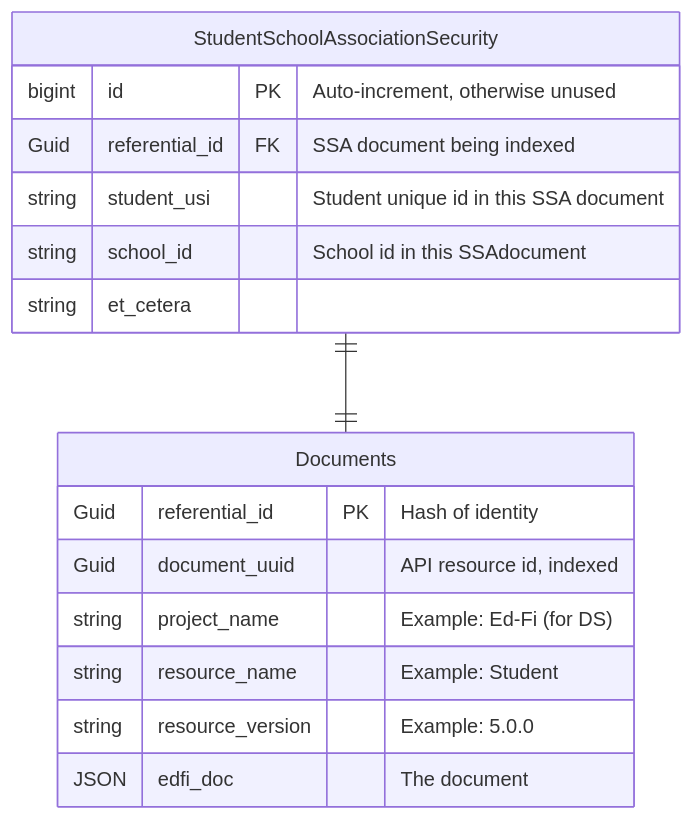
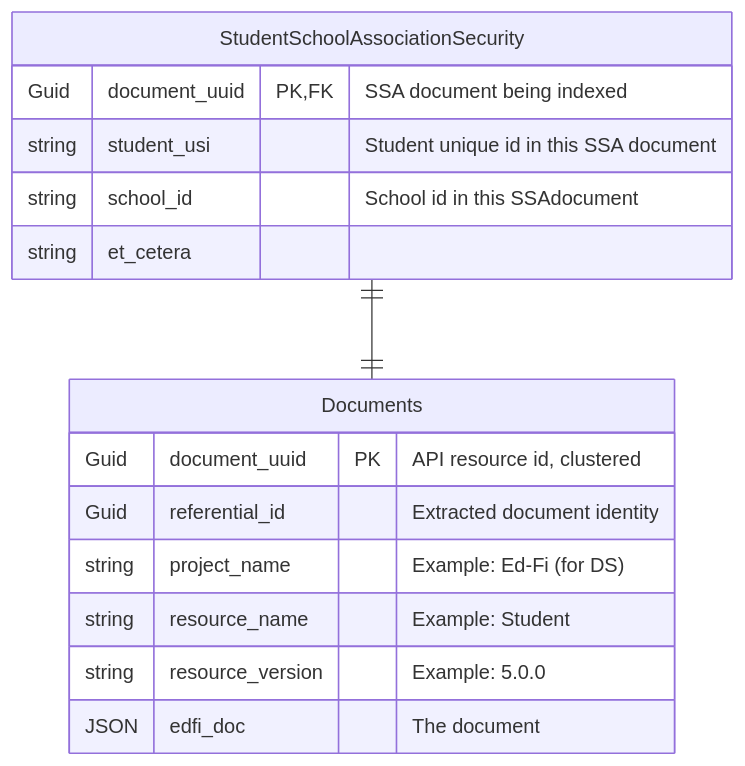
Before and after one commit to Ed-Fi-Alliance-OSS/Project-Tanager: the third of 7 diagrams in docs/DMS/PRIMARY-DATA-STORAGE.md, drawn with Mermaid. The commit also changed other lines of this file, not shown here.

````diff
--- a/docs/DMS/PRIMARY-DATA-STORAGE.md
+++ b/docs/DMS/PRIMARY-DATA-STORAGE.md
@@ -278,19 +280,18 @@
 ```mermaid
 erDiagram
     Documents {
-        Guid referential_id PK "Hash of identity"
-        Guid document_uuid "API resource id, indexed"
+        Guid document_uuid PK "API resource id, clustered"
+        Guid referential_id "Extracted document identity"
         string project_name "Example: Ed-Fi (for DS)"
         string resource_name "Example: Student"
         string resource_version "Example: 5.0.0"
         JSON edfi_doc "The document"
     }
     StudentSchoolAssociationSecurity ||--|| Documents : ""
     StudentSchoolAssociationSecurity {
-        bigint id PK "Auto-increment, otherwise unused"
-        Guid referential_id FK "SSA document being indexed"
+        Guid document_uuid PK, FK "SSA document being indexed"
         string student_usi "Student unique id in this SSA document"
         string school_id "School id in this SSAdocument"
         string et_cetera
     }
 ```
````
